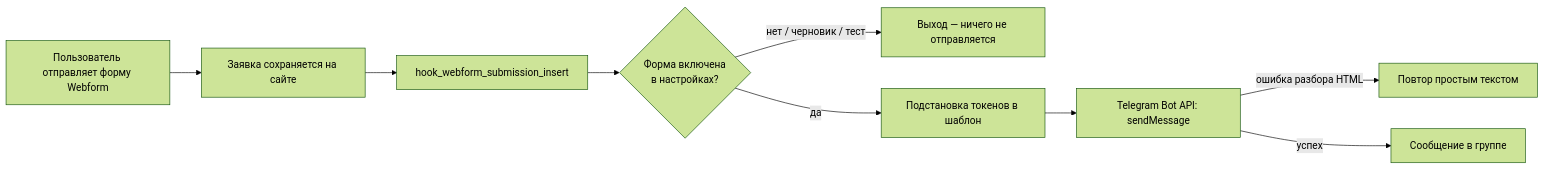
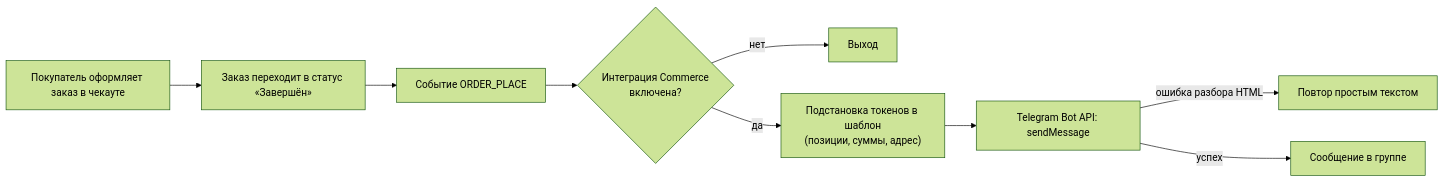
The diagram in README.md (Mmitekk/drupal-commerce-to-telegram), drawn with Mermaid (forest theme) before and after one commit. The commit also changed other lines of this file and 21 other files, not shown here.

````diff
--- a/README.md
+++ b/README.md
@@ -117,11 +134,11 @@
 ```mermaid
 flowchart LR
-    A["Пользователь отправляет форму Webform"] --> B["Заявка сохраняется на сайте"]
-    B --> C["hook_webform_submission_insert"]
-    C --> D{"Форма включена<br>в настройках?"}
-    D -- "нет / черновик / тест" --> E["Выход — ничего не отправляется"]
-    D -- "да" --> F["Подстановка токенов в шаблон"]
+    A["Покупатель оформляет заказ в чекауте"] --> B["Заказ переходит в статус «Завершён»"]
+    B --> C["Событие ORDER_PLACE"]
+    C --> D{"Интеграция Commerce<br>включена?"}
+    D -- "нет" --> E["Выход"]
+    D -- "да" --> F["Подстановка токенов в шаблон<br>(позиции, суммы, адрес)"]
     F --> G["Telegram Bot API: sendMessage"]
     G -- "ошибка разбора HTML" --> H["Повтор простым текстом"]
     G -- "успех" --> I["Сообщение в группе"]
 ```
````
